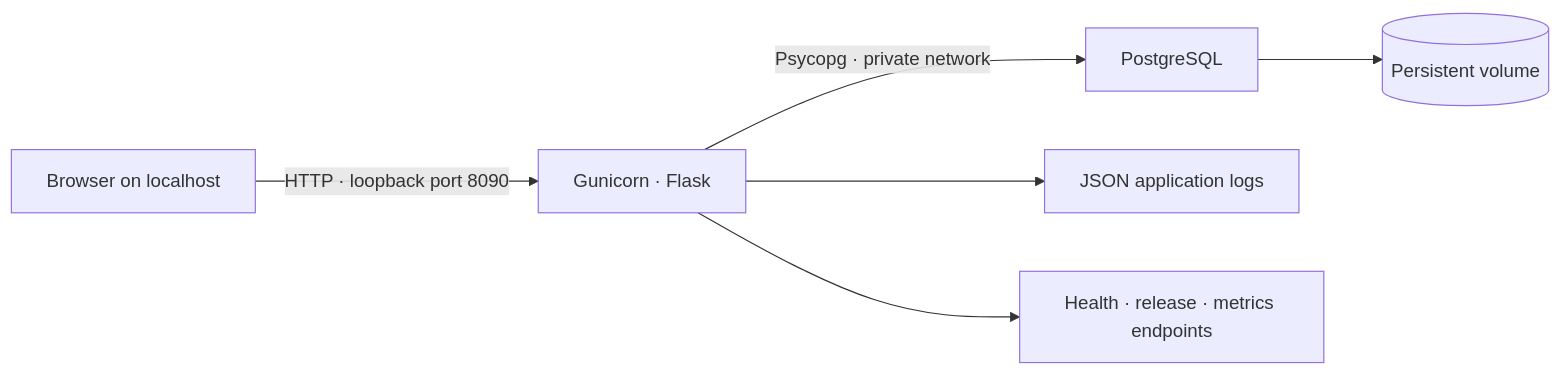
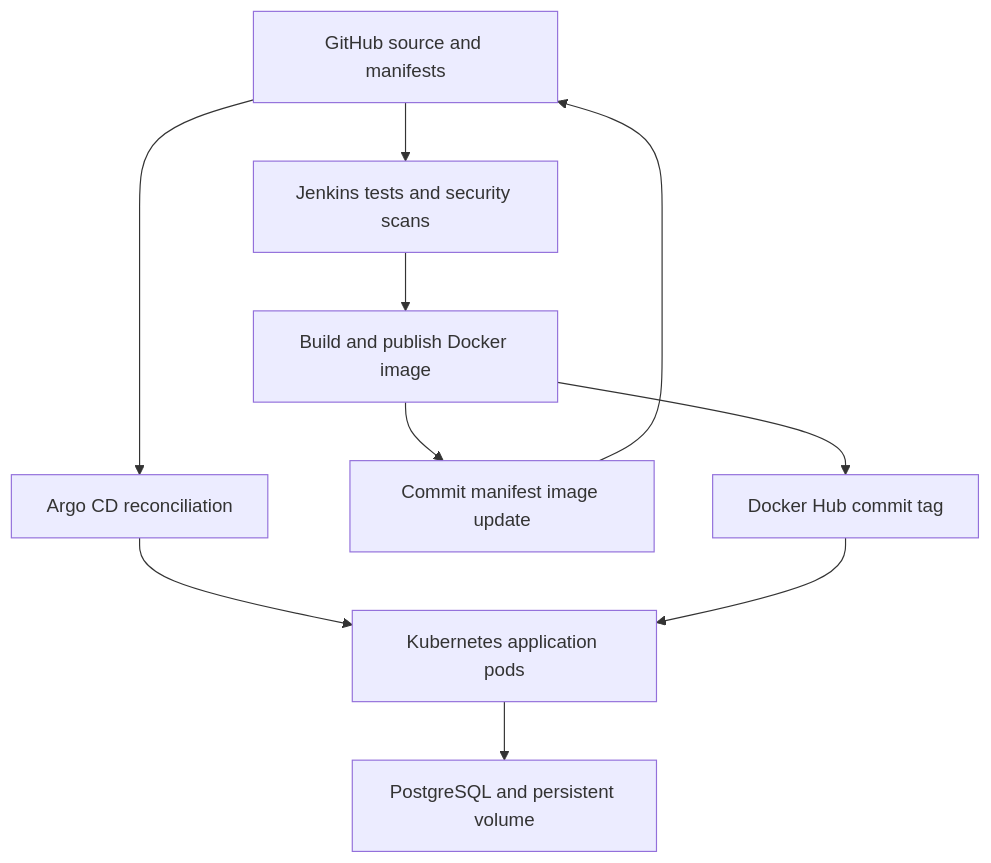
Before and after one commit to Varunyadavv01/devops-capstone: the diagram in README.md, drawn with Mermaid. The commit also changed other lines of this file and 80 other files, not shown here.

````diff
--- a/README.md
+++ b/README.md
@@ -15,8 +31,12 @@
 ```mermaid
-flowchart LR
-    Browser["Browser on localhost"] -->|"HTTP · loopback port 8090"| App["Gunicorn · Flask"]
-    App -->|"Psycopg · private network"| DB["PostgreSQL"]
-    DB --> Volume[("Persistent volume")]
-    App --> Logs["JSON application logs"]
-    App --> Telemetry["Health · release · metrics endpoints"]
+flowchart TD
+    Git["GitHub source and manifests"] --> CI["Jenkins tests and security scans"]
+    CI --> Image["Build and publish Docker image"]
+    Image --> Hub["Docker Hub commit tag"]
+    Image --> Update["Commit manifest image update"]
+    Update --> Git
+    Git --> Argo["Argo CD reconciliation"]
+    Argo --> App["Kubernetes application pods"]
+    Hub --> App
+    App --> DB["PostgreSQL and persistent volume"]
 ```
````
